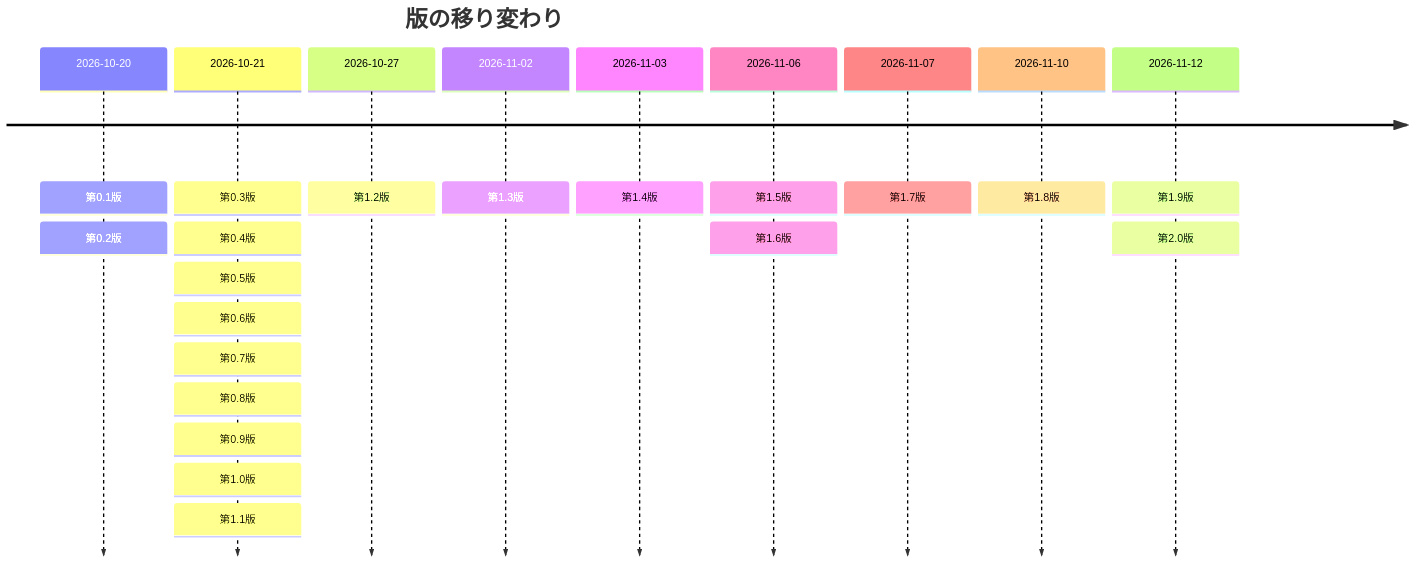
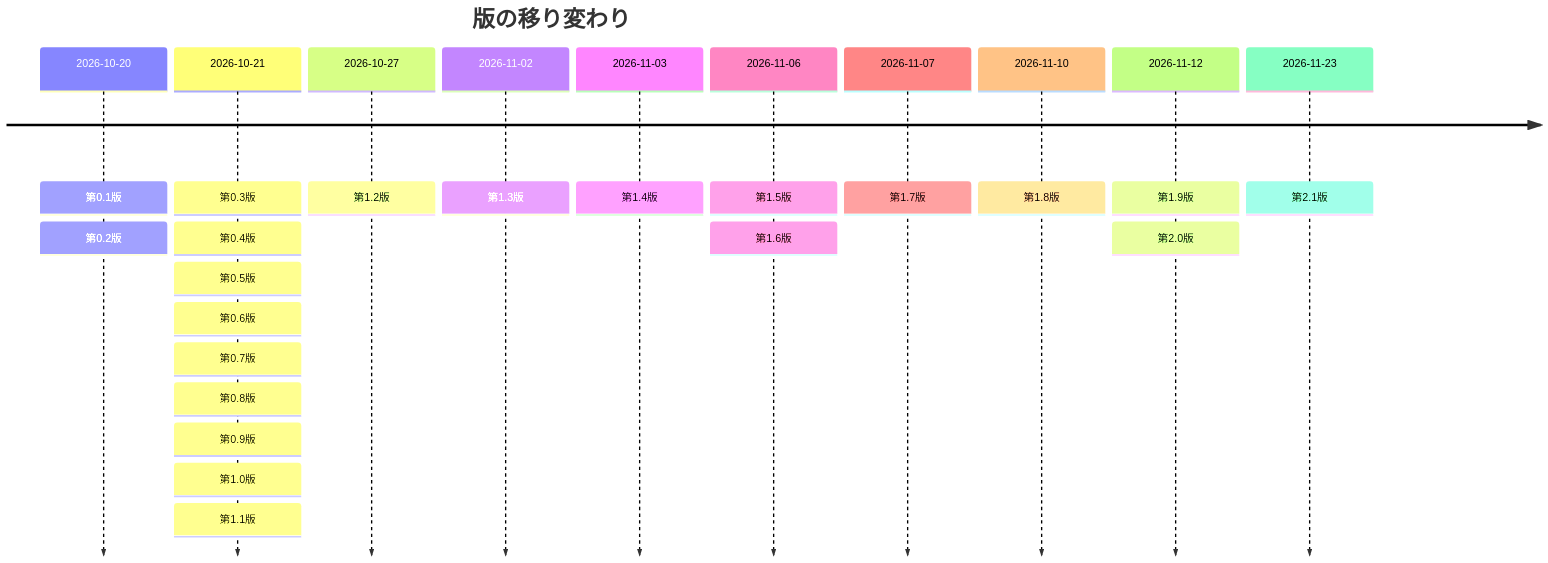
Diagram 15 of 15 in documents/詳細設計書_RPG学習アプリ.md (pocarialice/rpglearning), drawn with Mermaid before and after one commit. The commit also changed other lines of this file and 34 other files, not shown here.

````diff
--- a/documents/詳細設計書_RPG学習アプリ.md
+++ b/documents/詳細設計書_RPG学習アプリ.md
@@ -2533,13 +2568,14 @@
 ```mermaid
 timeline
   title 版の移り変わり
   2026-10-20 : 第0.1版 : 第0.2版
   2026-10-21 : 第0.3版 : 第0.4版 : 第0.5版 : 第0.6版 : 第0.7版 : 第0.8版 : 第0.9版 : 第1.0版 : 第1.1版
   2026-10-27 : 第1.2版
   2026-11-02 : 第1.3版
   2026-11-03 : 第1.4版
   2026-11-06 : 第1.5版 : 第1.6版
   2026-11-07 : 第1.7版
   2026-11-10 : 第1.8版
   2026-11-12 : 第1.9版 : 第2.0版
+  2026-11-23 : 第2.1版
 ```
````
